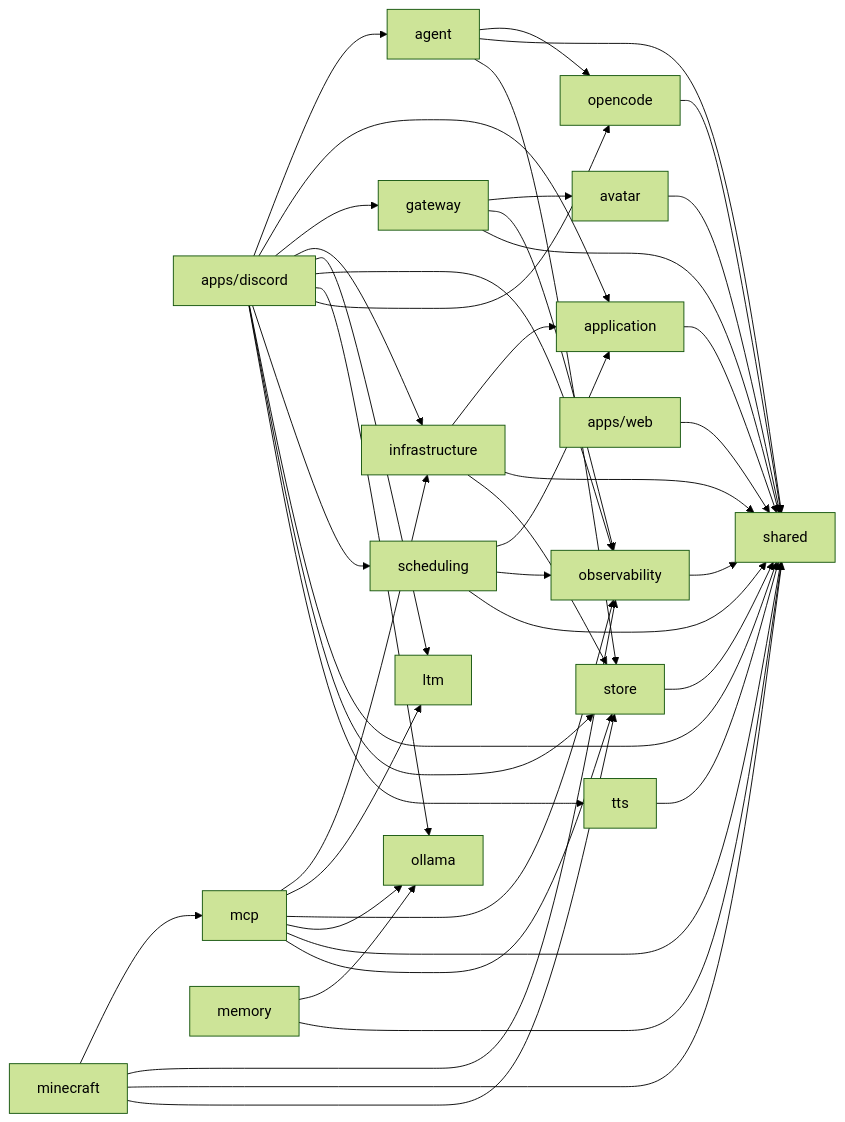
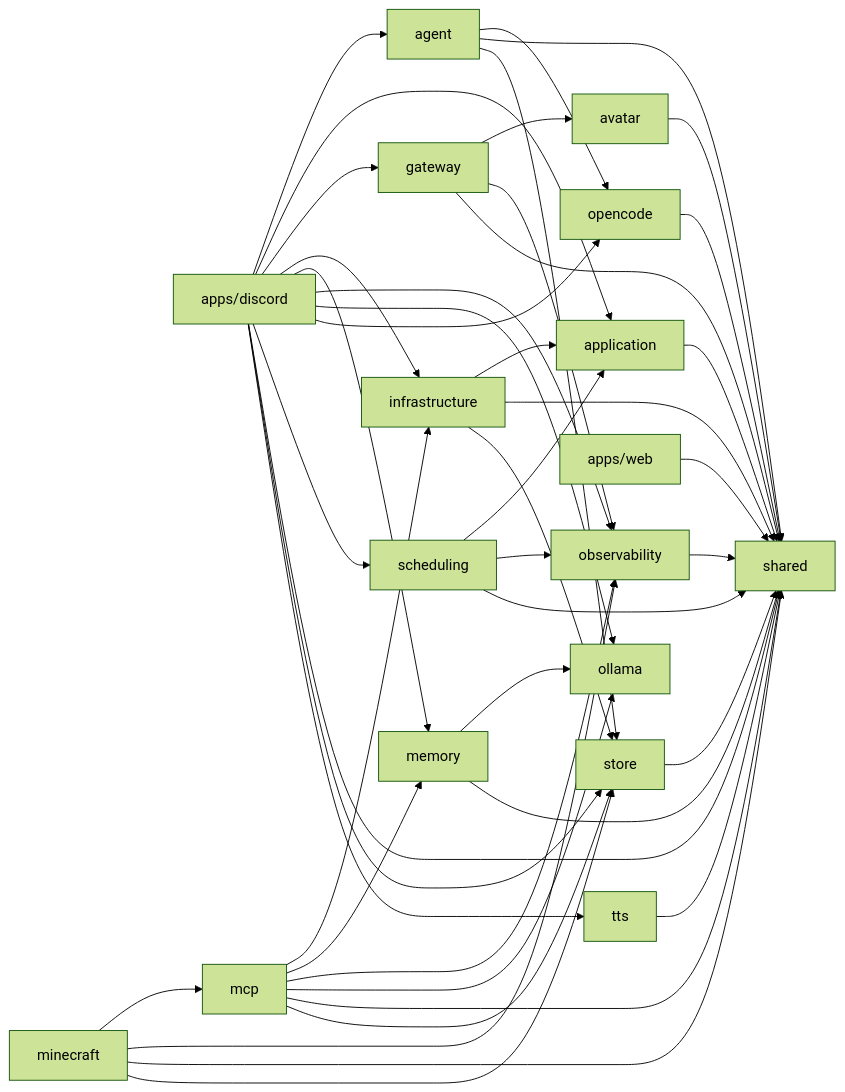
The diagram in docs/DEPS.md (OJII3/vicissitude), drawn with Mermaid (forest theme) before and after one commit. The commit also changed other lines of this file and 49 other files, not shown here.

First line of the commit message:
refactor: LTM → Memory 全面リネーム

````diff
--- a/docs/DEPS.md
+++ b/docs/DEPS.md
@@ -7,49 +7,48 @@
 ```mermaid
 graph LR
   agent --> opencode
   agent --> shared
   agent --> store
   application --> shared
   apps_discord["apps/discord"] --> agent
   apps_discord["apps/discord"] --> application
   apps_discord["apps/discord"] --> gateway
   apps_discord["apps/discord"] --> infrastructure
-  apps_discord["apps/discord"] --> ltm
+  apps_discord["apps/discord"] --> memory
   apps_discord["apps/discord"] --> observability
   apps_discord["apps/discord"] --> ollama
   apps_discord["apps/discord"] --> opencode
   apps_discord["apps/discord"] --> scheduling
   apps_discord["apps/discord"] --> shared
   apps_discord["apps/discord"] --> store
   apps_discord["apps/discord"] --> tts
   apps_web["apps/web"] --> shared
   avatar --> shared
   gateway --> avatar
   gateway --> observability
   gateway --> shared
   infrastructure --> application
   infrastructure --> shared
   infrastructure --> store
-  ltm
   mcp --> infrastructure
-  mcp --> ltm
+  mcp --> memory
   mcp --> observability
   mcp --> ollama
   mcp --> shared
   mcp --> store
   memory --> ollama
   memory --> shared
   minecraft --> mcp
   minecraft --> observability
   minecraft --> shared
   minecraft --> store
   observability --> shared
   ollama
   opencode --> shared
   scheduling --> application
   scheduling --> observability
   scheduling --> shared
   shared
   store --> shared
   tts --> shared
 ```
````
